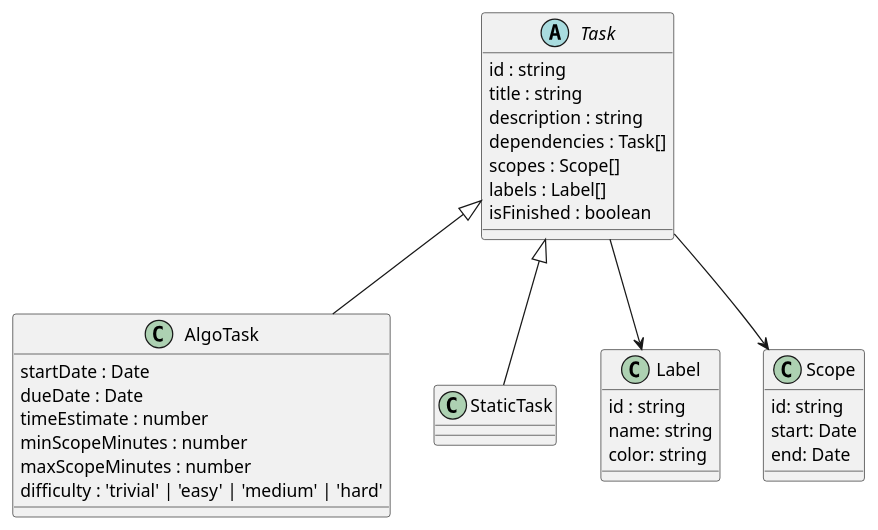
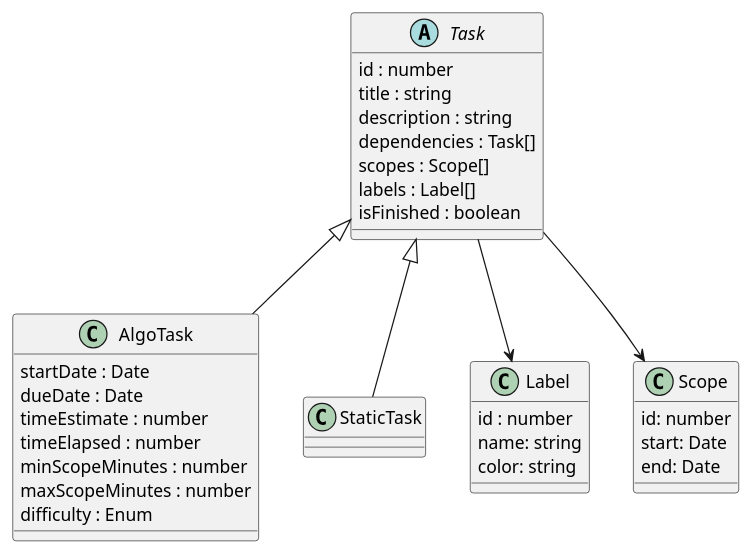
Before and after one commit to NI0-Name-Ideas-0/ChronoScope-models: the diagram in frontend_task_class_model.pu, drawn with PlantUML.

Commit message:
add elapsedTime to AlgoTask

```diff
--- a/frontend_task_class_model.pu
+++ b/frontend_task_class_model.pu
@@ -1,39 +1,40 @@
 @startuml
 abstract class Task {
-    id : string 
+    id : number
     title : string
     description : string
     dependencies : Task[]
     scopes : Scope[]
     labels : Label[]
     isFinished : boolean
 }
 
 class AlgoTask {
     startDate : Date
     dueDate : Date
     timeEstimate : number
+    timeElapsed : number
     minScopeMinutes : number
     maxScopeMinutes : number
-    difficulty : 'trivial' | 'easy' | 'medium' | 'hard'
+    difficulty : Enum
 }
 
 class StaticTask
 
 class Label {
-    id : string
+    id : number
     name: string
     color: string
 }
 
 class Scope {
-    id: string
+    id: number
     start: Date
     end: Date
 }
 
 Task <|-- AlgoTask
 Task <|-- StaticTask
 Task --> Scope
 Task --> Label
 @enduml
```
